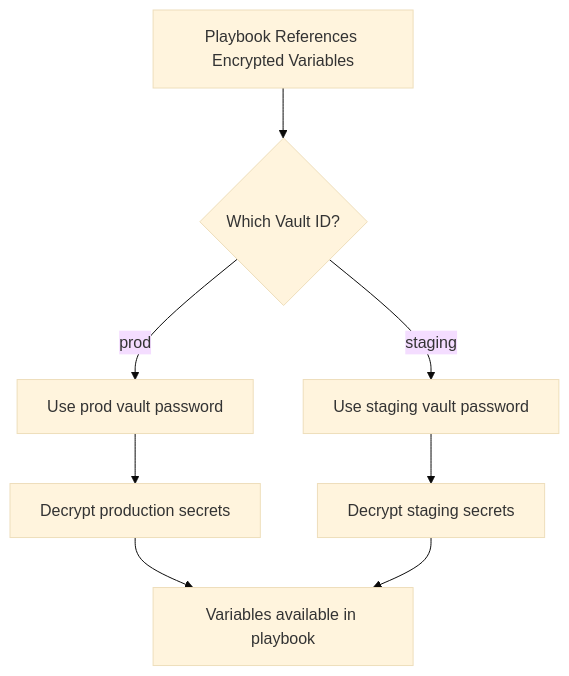
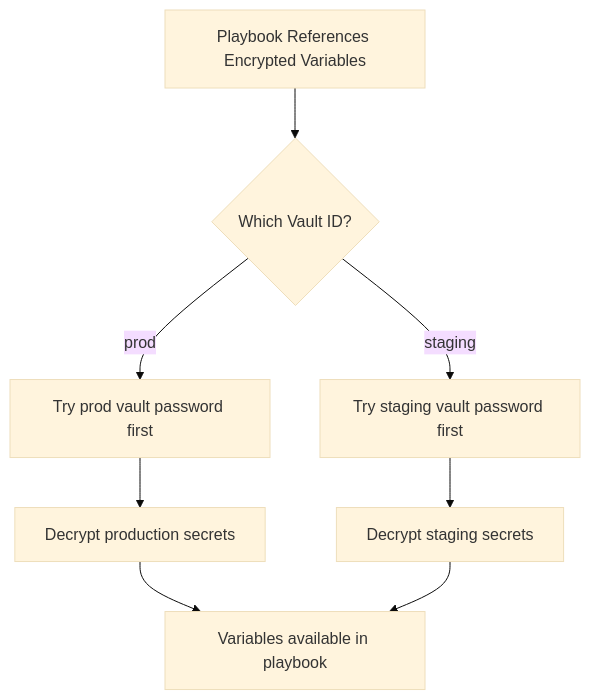
One commit to OneUptime/blog changed the diagram in posts/2026-03-04-manage-credentials-ansible-vault-rhel-9/README.md. Above: the diagram before and after it, drawn with Mermaid (base theme). The commit also changed other lines of this file and 2 other files, not shown here.

Commit message:
validate: 2026-03-04-manage-credentials-ansible-vault-rhel-9

````diff
--- a/posts/2026-03-04-manage-credentials-ansible-vault-rhel-9/README.md
+++ b/posts/2026-03-04-manage-credentials-ansible-vault-rhel-9/README.md
@@ -272,10 +275,10 @@
 ```mermaid
 flowchart TD
     A[Playbook References Encrypted Variables] --> B{Which Vault ID?}
-    B -->|prod| C[Use prod vault password]
-    B -->|staging| D[Use staging vault password]
+    B -->|prod| C[Try prod vault password first]
+    B -->|staging| D[Try staging vault password first]
     C --> E[Decrypt production secrets]
     D --> F[Decrypt staging secrets]
     E --> G[Variables available in playbook]
     F --> G
 ```
````
